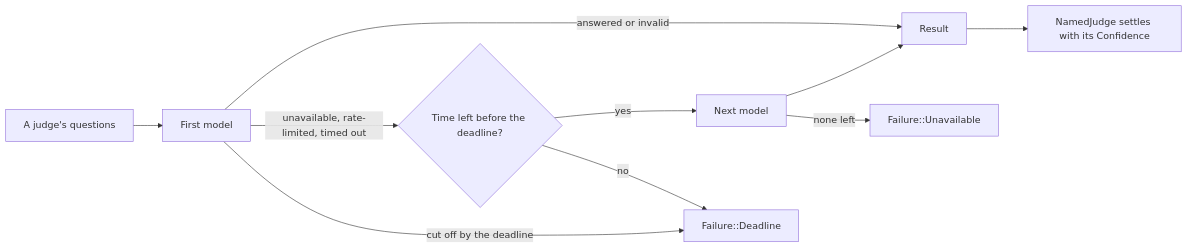
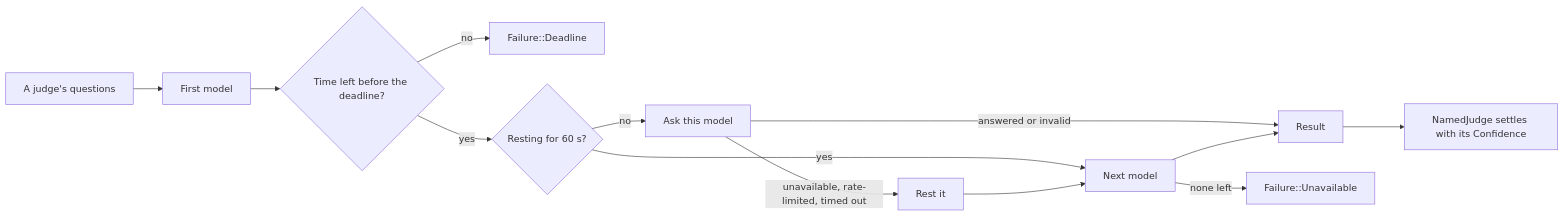
Before and after one commit to wrkhse/chauffeur: the diagram in crates/judges/src/tiers/README.md, drawn with Mermaid. The commit also changed other lines of this file and 6 other files, not shown here.

First line of the commit message:
feat(judges): rest a model that cannot answer for 60 seconds

````diff
--- a/crates/judges/src/tiers/README.md
+++ b/crates/judges/src/tiers/README.md
@@ -26,12 +27,15 @@
 ```mermaid
 flowchart LR
     Steps["A judge's questions"] --> M1["First model"]
-    M1 -->|"answered or invalid"| Done["Result"]
-    M1 -->|"unavailable, rate-limited, timed out"| Left{"Time left before the deadline?"}
-    M1 -->|"cut off by the deadline"| Deadline["Failure::Deadline"]
-    Left -->|"yes"| M2["Next model"]
-    Left -->|"no"| Deadline
+    M1 --> Left{"Time left before the deadline?"}
+    Left -->|"no"| Deadline["Failure::Deadline"]
+    Left -->|"yes"| Resting{"Resting for 60 s?"}
+    Resting -->|"yes"| M2["Next model"]
+    Resting -->|"no"| Asked["Ask this model"]
+    Asked -->|"unavailable, rate-limited, timed out"| Cool["Rest it"]
+    Cool --> M2
+    Asked -->|"answered or invalid"| Done["Result"]
+    Done --> Settle["NamedJudge settles with its Confidence"]
     M2 --> Done
     M2 -->|"none left"| Unavailable["Failure::Unavailable"]
-    Done --> Settle["NamedJudge settles with its Confidence"]
 ```
````
